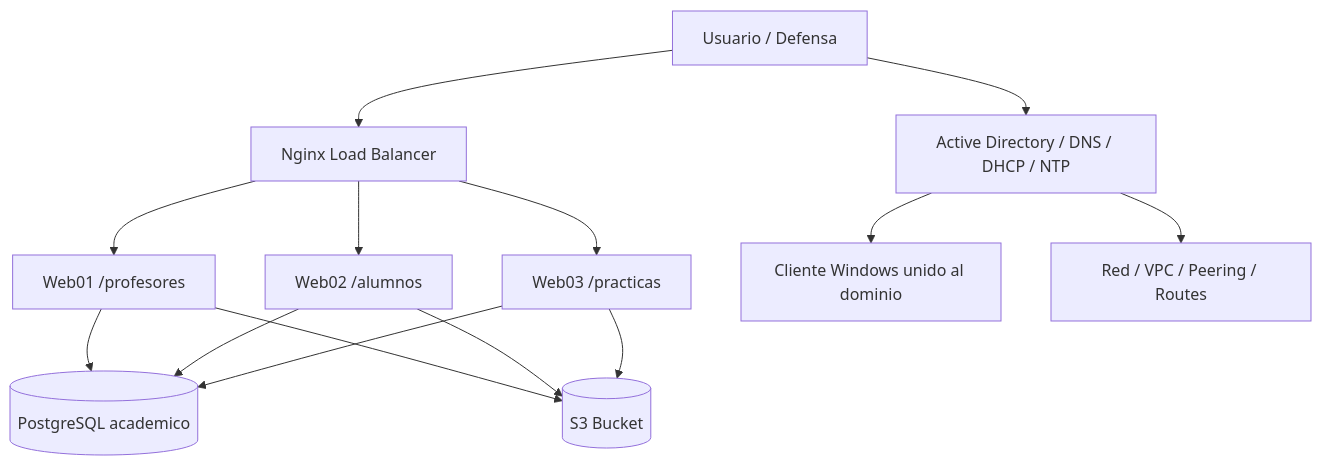
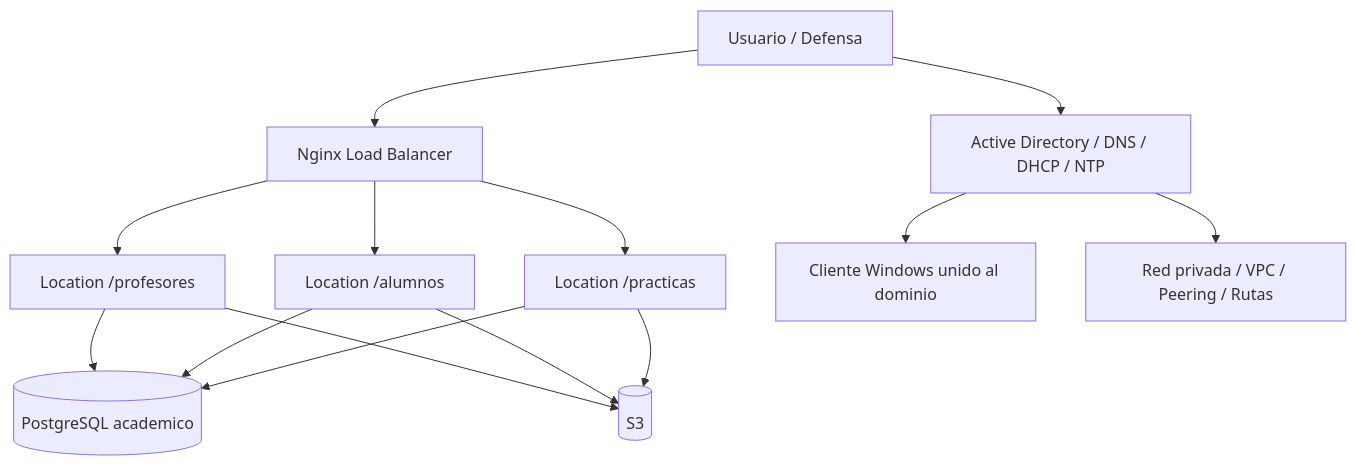
Before and after one commit to alejandro-depazos-tena/Practica_ADS_solDevOps: the diagram in grupo-dt-devops/documentacion/entrega-final-dt/DRP/00_vision_general.md, drawn with Mermaid. The commit also changed other lines of this file and 5 other files, not shown here.

Commit message:
diagramas de arquitectura y arreglos varios

````diff
--- a/grupo-dt-devops/documentacion/entrega-final-dt/DRP/00_vision_general.md
+++ b/grupo-dt-devops/documentacion/entrega-final-dt/DRP/00_vision_general.md
@@ -16,16 +16,16 @@
 ```mermaid
 flowchart TB
 	U[Usuario / Defensa] --> LB[Nginx Load Balancer]
-	LB --> W1[Web01 /profesores]
-	LB --> W2[Web02 /alumnos]
-	LB --> W3[Web03 /practicas]
+	LB --> W1[Location /profesores]
+	LB --> W2[Location /alumnos]
+	LB --> W3[Location /practicas]
 	W1 --> DB[(PostgreSQL academico)]
 	W2 --> DB
 	W3 --> DB
-	W1 --> S3[(S3 Bucket)]
+	W1 --> S3[(S3)]
 	W2 --> S3
 	W3 --> S3
 	U --> AD[Active Directory / DNS / DHCP / NTP]
 	AD --> C[Cliente Windows unido al dominio]
-	AD --> NET[Red / VPC / Peering / Routes]
+	AD --> NET[Red privada / VPC / Peering / Rutas]
 ```
````
